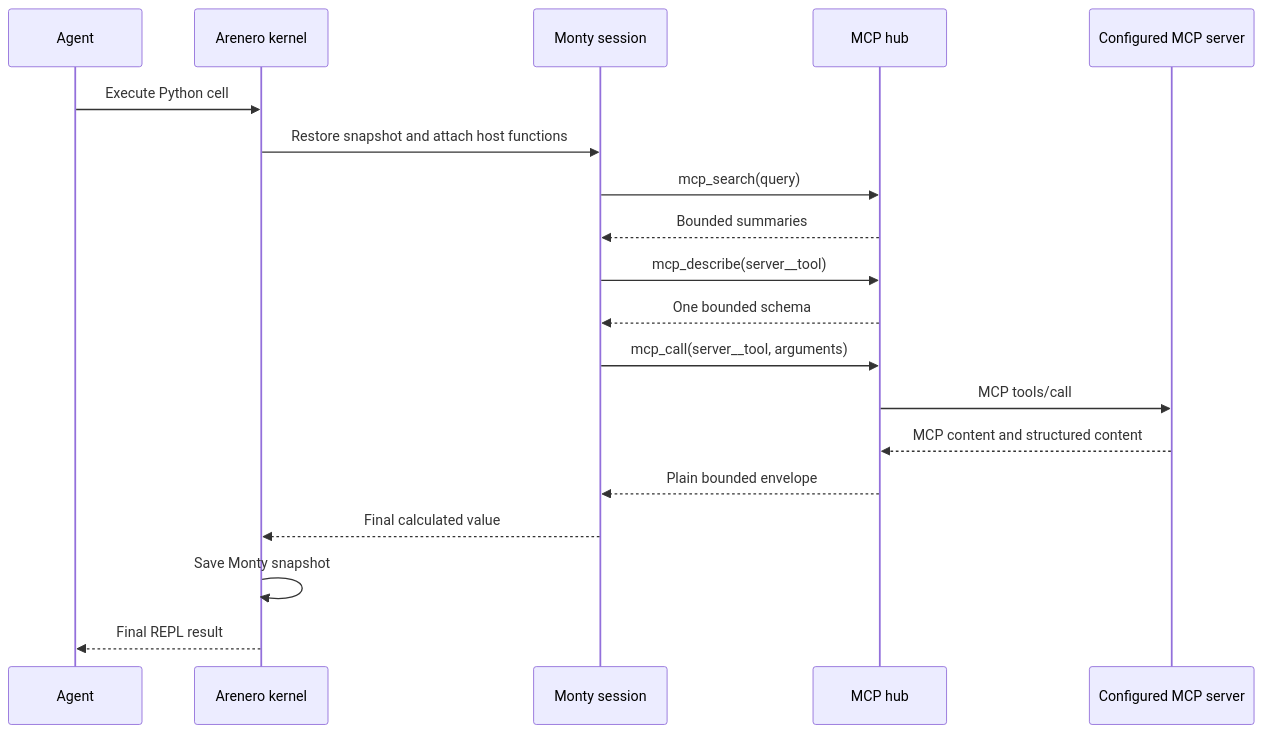
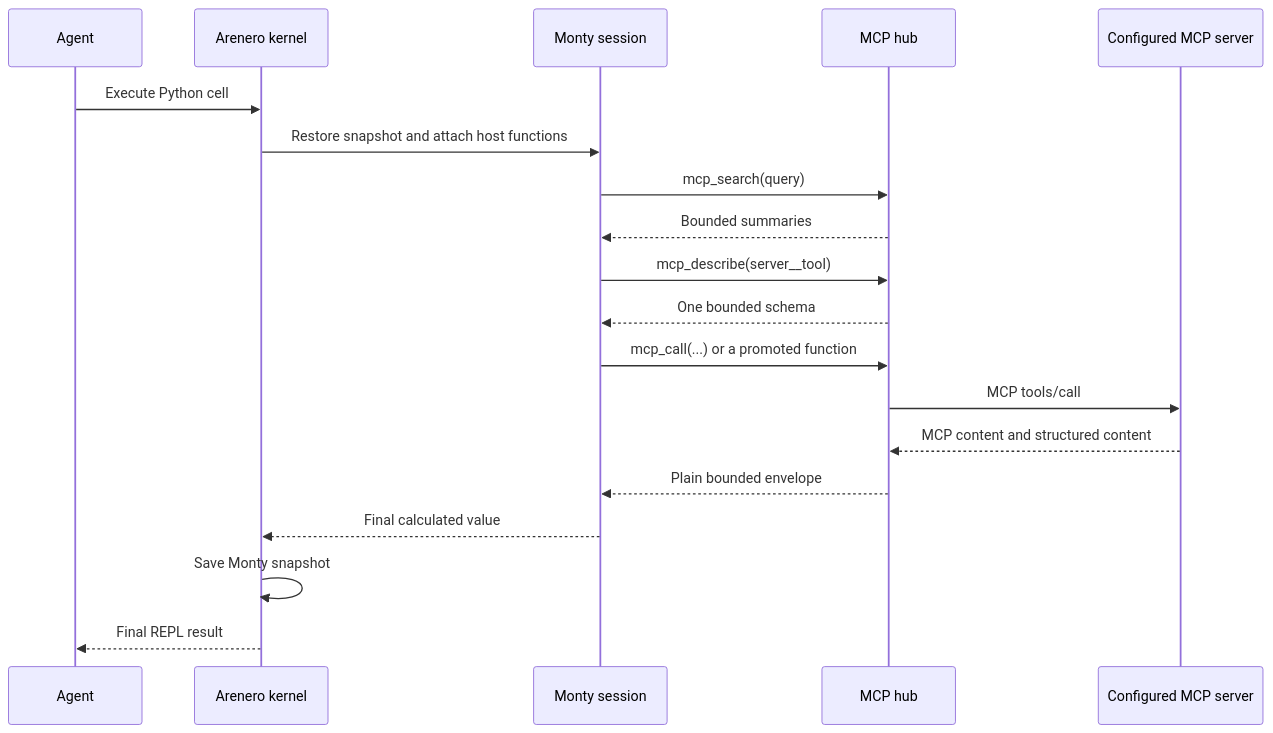
One commit to sgaseretto/arenero changed the first of 2 diagrams in docs/mcp.md. Above: the diagram before and after it, drawn with Mermaid. The commit also changed other lines of this file and 46 other files, not shown here.

````diff
--- a/docs/mcp.md
+++ b/docs/mcp.md
@@ -156,22 +182,22 @@
 ```mermaid
 sequenceDiagram
     participant A as Agent
     participant K as Arenero kernel
     participant M as Monty session
     participant H as MCP hub
     participant S as Configured MCP server
 
     A->>K: Execute Python cell
     K->>M: Restore snapshot and attach host functions
     M->>H: mcp_search(query)
     H-->>M: Bounded summaries
     M->>H: mcp_describe(server__tool)
     H-->>M: One bounded schema
-    M->>H: mcp_call(server__tool, arguments)
+    M->>H: mcp_call(...) or a promoted function
     H->>S: MCP tools/call
     S-->>H: MCP content and structured content
     H-->>M: Plain bounded envelope
     M-->>K: Final calculated value
     K->>K: Save Monty snapshot
     K-->>A: Final REPL result
 ```
````
